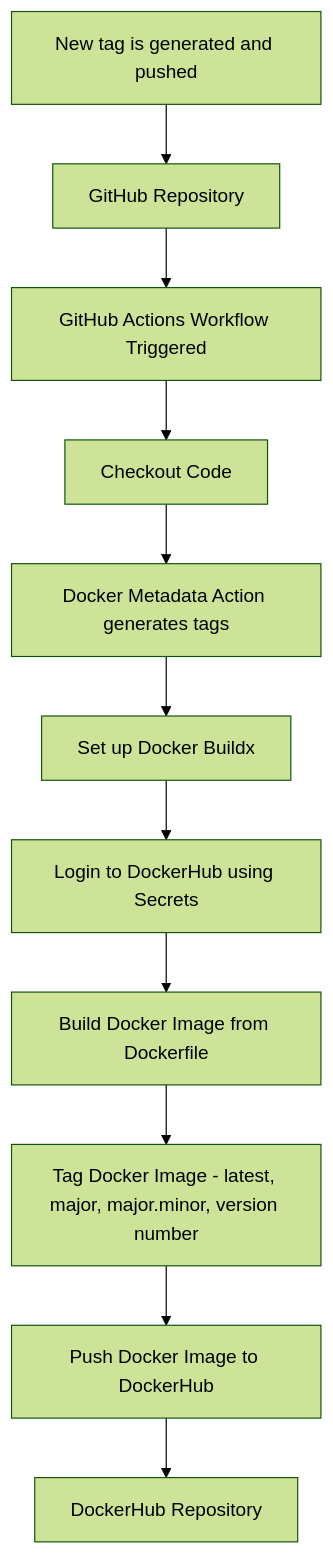
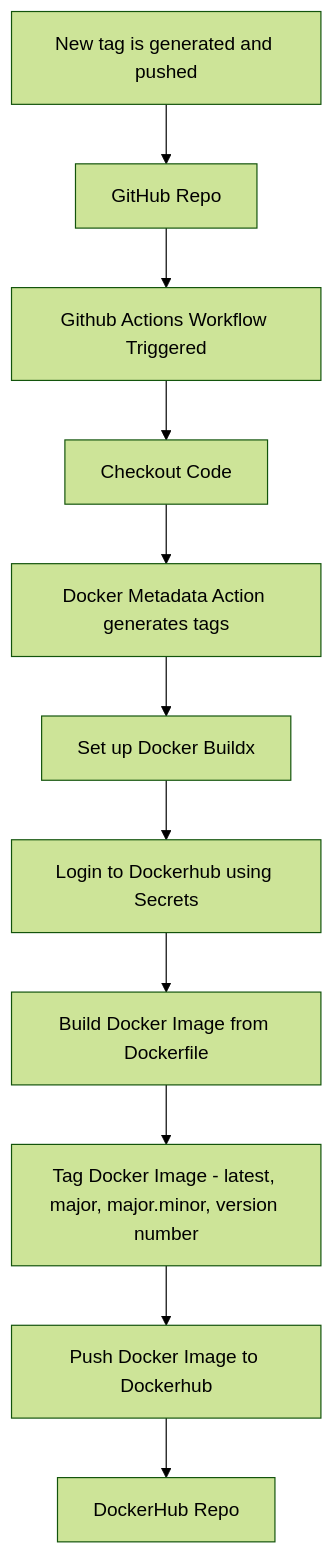
Before and after one commit to WSU-kduncan/cicdf25-EthLuc: the diagram in README-CI.md, drawn with Mermaid (forest theme).

Commit message:
diagram and readme finished

````diff
--- a/README-CI.md
+++ b/README-CI.md
@@ -12,15 +12,15 @@
 ```mermaid
 
 flowchart TD
-    A[New tag is generated and pushed] --> B[GitHub Repository]
-    B --> C[GitHub Actions Workflow Triggered]
+    A[New tag is generated and pushed] --> B[GitHub Repo]
+    B --> C[Github Actions Workflow Triggered]
     C --> D[Checkout Code]
     D --> E[Docker Metadata Action generates tags]
     E --> F[Set up Docker Buildx]
-    F --> G[Login to DockerHub using Secrets]
+    F --> G[Login to Dockerhub using Secrets]
     G --> H[Build Docker Image from Dockerfile]
     H --> I[Tag Docker Image - latest, major, major.minor, version number]
-    I --> J[Push Docker Image to DockerHub]
-    J --> K[DockerHub Repository]
+    I --> J[Push Docker Image to Dockerhub]
+    J --> K[DockerHub Repo]
  
 ```
````
